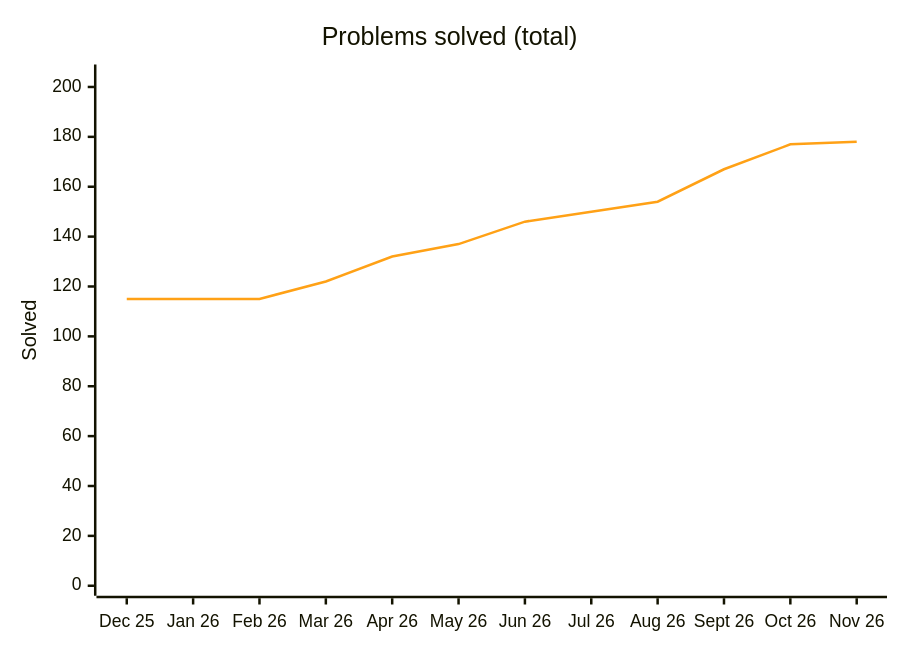
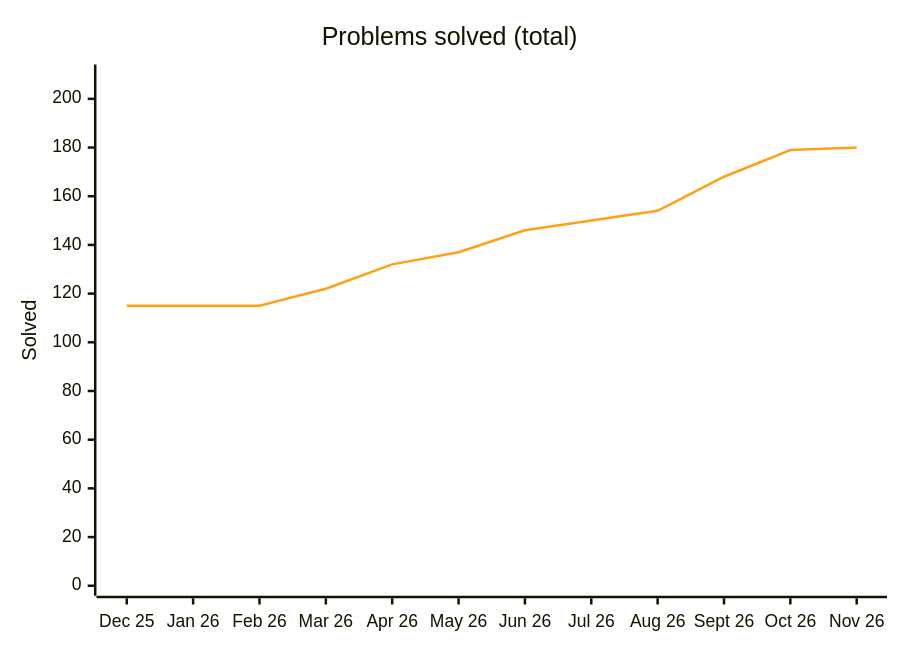
Before and after one commit to Ved-u/Java-DSA: the diagram in README.md, drawn with Mermaid. The commit also changed other lines of this file and 5 other files, not shown here.

````diff
--- a/README.md
+++ b/README.md
@@ -53,8 +53,8 @@
 ```mermaid
 %%{init: {"themeVariables": {"xyChart": {"plotColorPalette": "#ffa116"}}}}%%
 xychart-beta
     title "Problems solved (total)"
     x-axis ["Dec 25", "Jan 26", "Feb 26", "Mar 26", "Apr 26", "May 26", "Jun 26", "Jul 26", "Aug 26", "Sept 26", "Oct 26", "Nov 26"]
-    y-axis "Solved" 0 --> 205
-    line [115, 115, 115, 122, 132, 137, 146, 150, 154, 167, 177, 178]
+    y-axis "Solved" 0 --> 210
+    line [115, 115, 115, 122, 132, 137, 146, 150, 154, 168, 179, 180]
 ```
````
